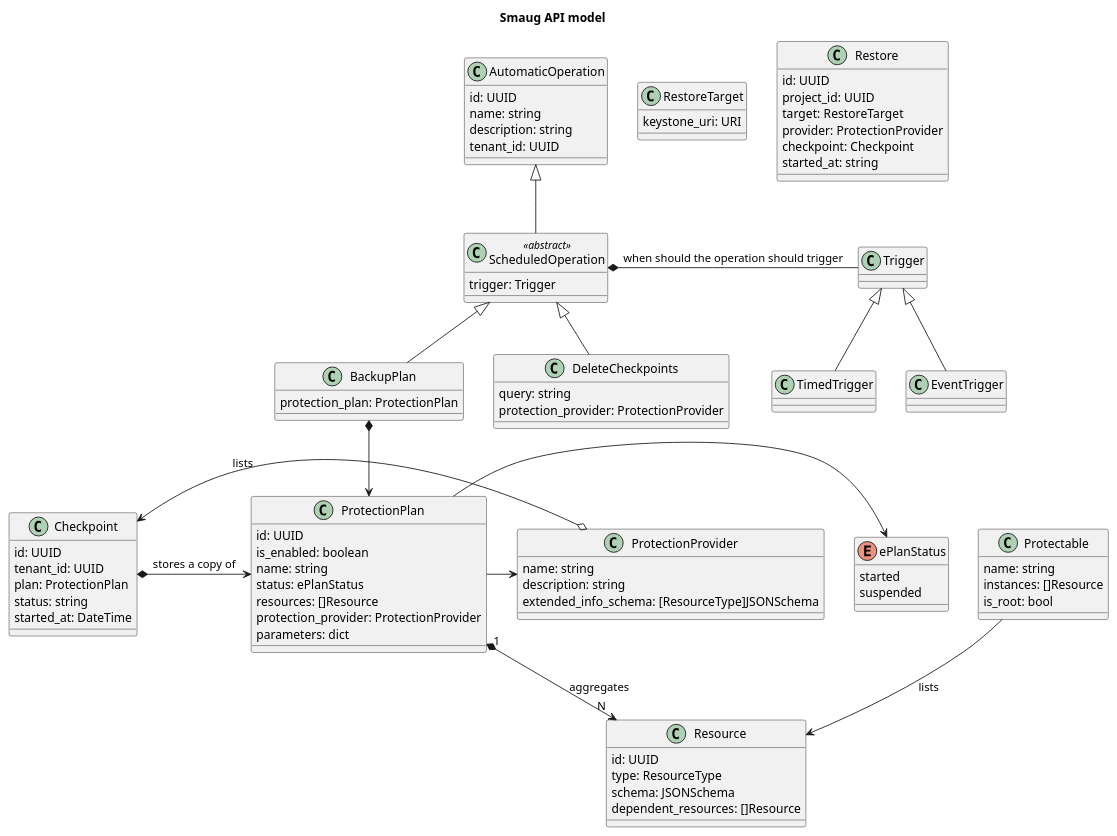
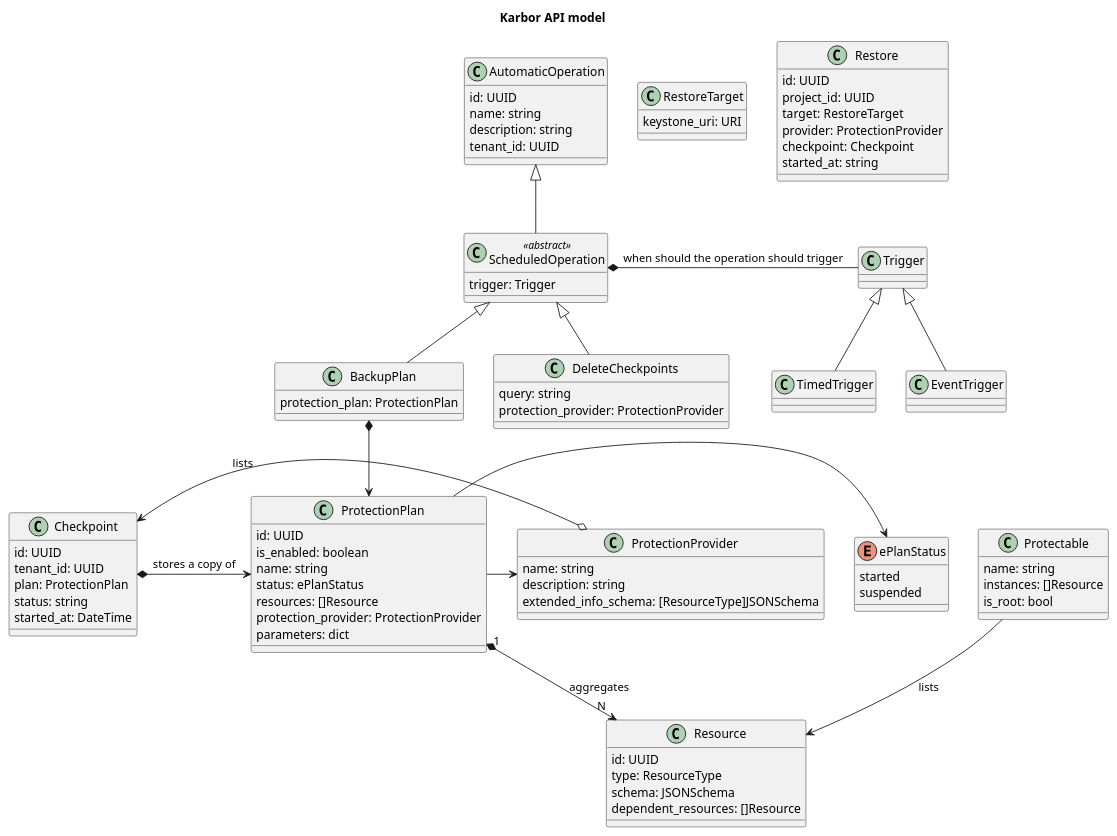
One commit to openstack-archive/karbor changed the diagram in doc/source/api/class_diagram.pu. Above: the diagram before and after it, drawn with PlantUML. The commit also changed 452 other files, not shown here.

First line of the commit message:
Change Smaug to Karbor

```diff
--- a/doc/source/api/class_diagram.pu
+++ b/doc/source/api/class_diagram.pu
@@ -1,109 +1,109 @@
 @startuml
 
-title "Smaug API model"
+title "Karbor API model"
 
 class Protectable {
     name: string
     instances: []Resource
     is_root: bool
 }
 
 Protectable --> Resource: lists
 
 class Resource {
     id: UUID
     type: ResourceType
     schema: JSONSchema
     dependent_resources: []Resource
 }
 
 class Trigger {
 }
 
 class TimedTrigger extends Trigger {
 
 }
 
 class EventTrigger extends Trigger {
 
 }
 
 class Checkpoint {
     id: UUID
     tenant_id: UUID
     plan: ProtectionPlan
     status: string
     started_at: DateTime
 }
 
 Checkpoint *-> ProtectionPlan: stores a copy of
 
 class AutomaticOperation {
     id: UUID
     name: string
     description: string
     tenant_id: UUID
 }
 
 class ScheduledOperation <<abstract>> extends AutomaticOperation {
         trigger: Trigger
 }
 
 ScheduledOperation *- Trigger: when should the operation should trigger
 
 
 class BackupPlan extends ScheduledOperation {
     protection_plan: ProtectionPlan
 }
 
 BackupPlan *--> ProtectionPlan
 
 class DeleteCheckpoints extends ScheduledOperation {
     query: string
     protection_provider: ProtectionProvider
 }
 
 
 class ProtectionProvider {
     name: string
     description: string
     extended_info_schema: [ResourceType]JSONSchema
 }
 
 ProtectionProvider o-> Checkpoint: lists
 
 class ProtectionPlan {
     id: UUID
     is_enabled: boolean
     name: string
     status: ePlanStatus
     resources: []Resource
     protection_provider: ProtectionProvider
     parameters: dict
 }
 
 ProtectionPlan "1" *--> "N" Resource: aggregates
 ProtectionPlan -> ProtectionProvider
 ProtectionPlan -> ePlanStatus
 
 enum ePlanStatus {
     started
     suspended
 }
 
 class RestoreTarget {
     keystone_uri: URI
 }
 
 class Restore {
     id: UUID
     project_id: UUID
     target: RestoreTarget
     provider: ProtectionProvider
     checkpoint: Checkpoint
     started_at: string
 }
 
 Restore *-> RestoreTarget: restores to
 
 @enduml
```
